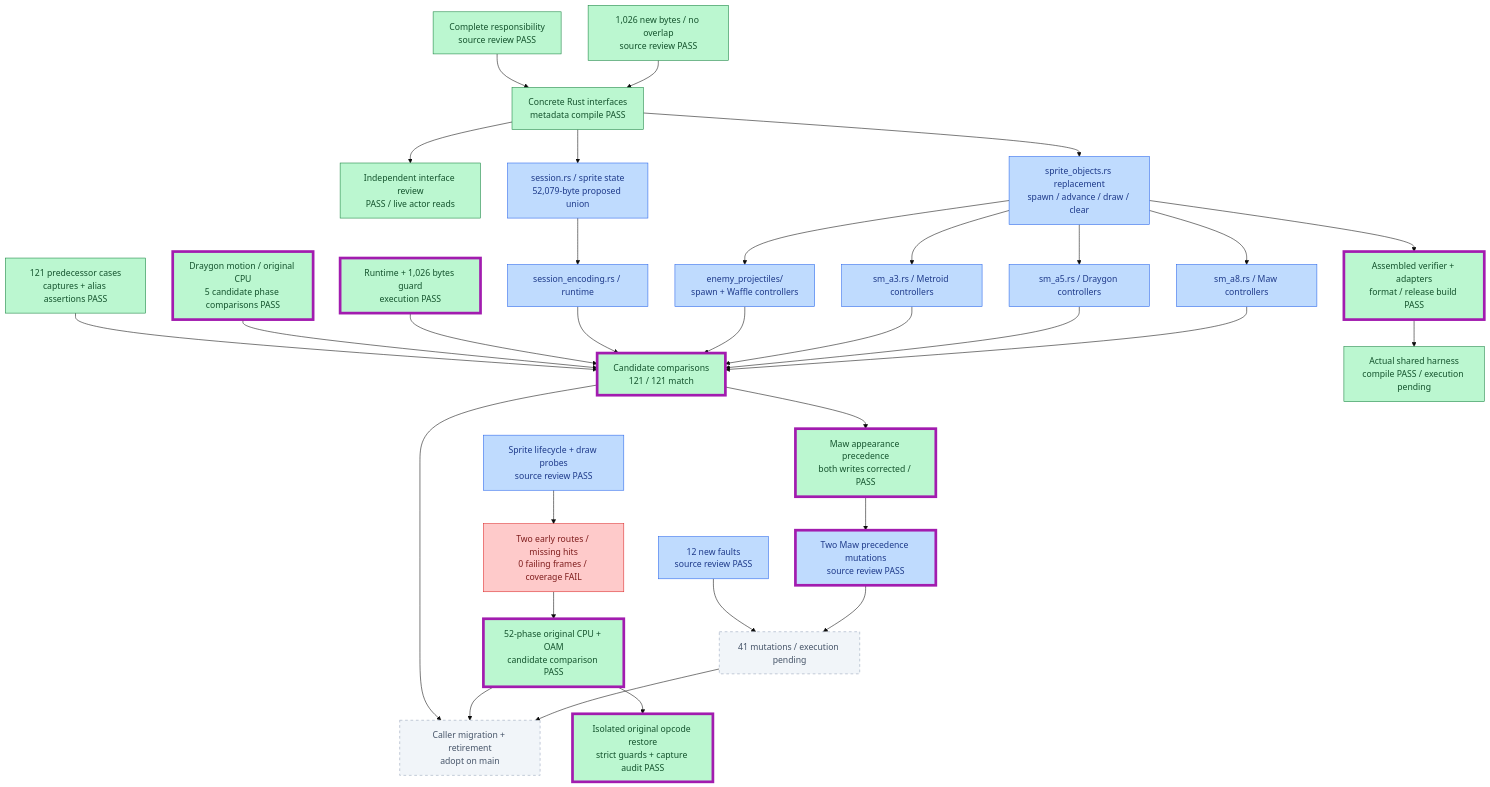
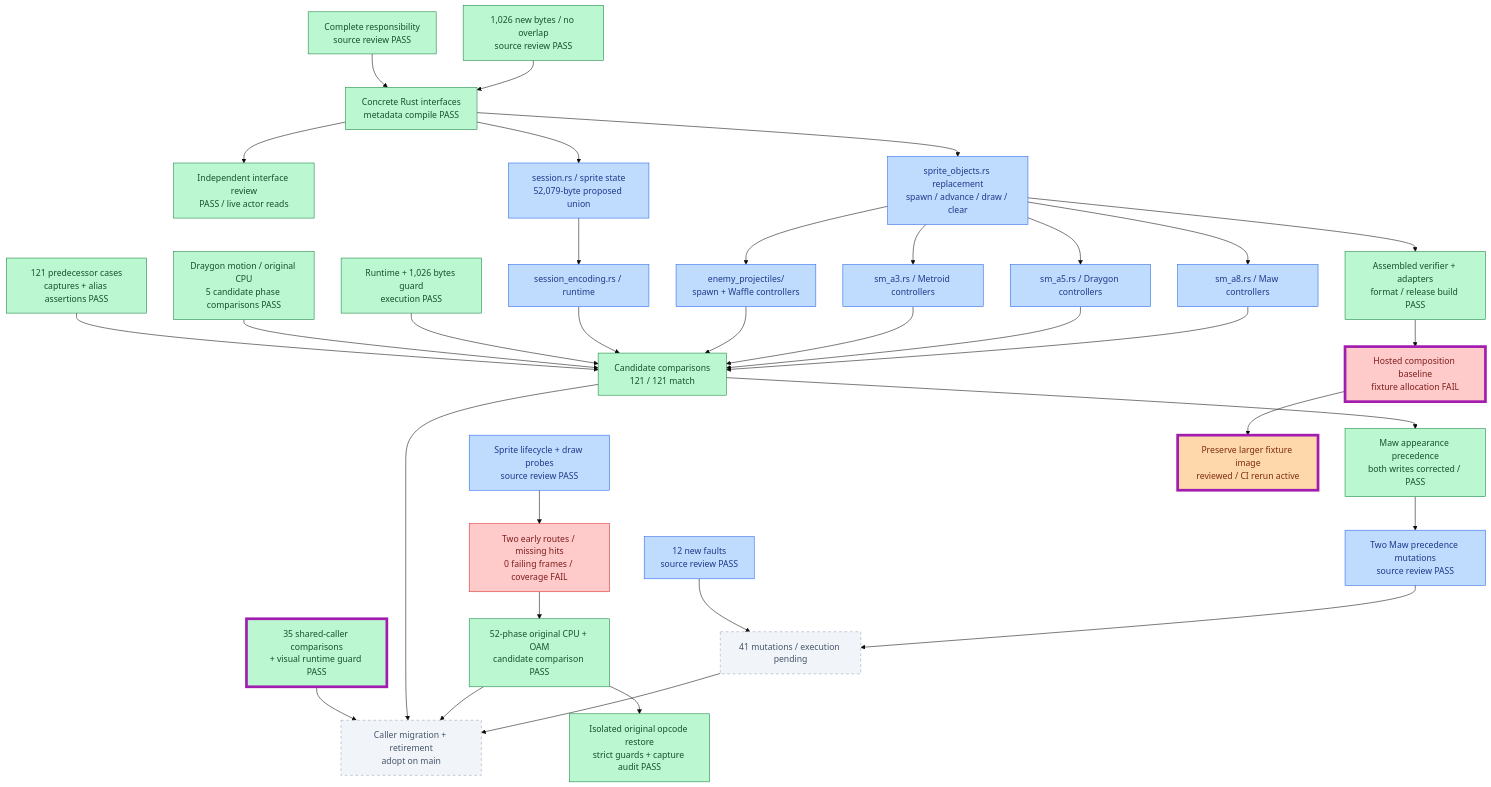
Before and after one commit to JimLundin/sm-decomp: the second of 16 diagrams in PROGRESS.md, drawn with Mermaid (base theme). The commit also changed other lines of this file and 1 other file, not shown here.

Commit message:
Publish shared sprite regressions and hosted baseline correction
Docs only: 35 shared comparisons and visual guard pass. Hosted baseline exposed fixture capacity mismatch; reviewed fix reruns in CI40031500027. Source counters unchanged; diff check passes.

````diff
--- a/PROGRESS.md
+++ b/PROGRESS.md
@@ -26,41 +26,43 @@
 ```mermaid
 flowchart TB
     CONTRACT["Complete responsibility<br/>source review PASS"]:::done
     UNION["1,026 new bytes / no overlap<br/>source review PASS"]:::done
     CONTRACT --> DECL["Concrete Rust interfaces<br/>metadata compile PASS"]:::done
     UNION --> DECL
     DECL --> REVIEW["Independent interface review<br/>PASS / live actor reads"]:::done
     DECL --> OWNER["session.rs / sprite state<br/>52,079-byte proposed union"]:::checked
     OWNER --> CODEC["session_encoding.rs / runtime"]:::checked
     DECL --> POOL["sprite_objects.rs replacement<br/>spawn / advance / draw / clear"]:::checked
     POOL --> WAFFLE["enemy_projectiles/<br/>spawn + Waffle controllers"]:::checked
     POOL --> METROID["sm_a3.rs / Metroid controllers"]:::checked
     POOL --> DRAYGON["sm_a5.rs / Draygon controllers"]:::checked
     POOL --> MAW["sm_a8.rs / Maw controllers"]:::checked
     BASE["121 predecessor cases<br/>captures + alias assertions PASS"]:::done --> VERIFY["Candidate comparisons<br/>121 / 121 match"]:::done
     VERIFY --> MAWFIX["Maw appearance precedence<br/>both writes corrected / PASS"]:::done
     CPU["Draygon motion / original CPU<br/>5 candidate phase comparisons PASS"]:::done --> VERIFY
     PROBE["Sprite lifecycle + draw probes<br/>source review PASS"]:::checked --> EARLY["Two early routes / missing hits<br/>0 failing frames / coverage FAIL"]:::failed
     EARLY --> MOVIE["52-phase original CPU + OAM<br/>candidate comparison PASS"]:::done
     MOVIE --> HOOKFIX["Isolated original opcode restore<br/>strict guards + capture audit PASS"]:::done
     POOL --> BUILD["Assembled verifier + adapters<br/>format / release build PASS"]:::done
-    BUILD --> HOST["Actual shared harness<br/>compile PASS / execution pending"]:::done
+    BUILD --> HOST["Hosted composition baseline<br/>fixture allocation FAIL"]:::failed
+    HOST --> HOSTFIX["Preserve larger fixture image<br/>reviewed / CI rerun active"]:::active
     GUARD["Runtime + 1,026 bytes guard<br/>execution PASS"]:::done --> VERIFY
     MUT["12 new faults<br/>source review PASS"]:::checked --> KILLS["41 mutations / execution pending"]:::pending
     MAWFIX --> MAWMUT["Two Maw precedence mutations<br/>source review PASS"]:::checked --> KILLS
+    SHARED["35 shared-caller comparisons<br/>+ visual runtime guard PASS"]:::done --> ADOPT
     CODEC --> VERIFY
     WAFFLE --> VERIFY
     METROID --> VERIFY
     DRAYGON --> VERIFY
     MAW --> VERIFY
     VERIFY --> ADOPT["Caller migration + retirement<br/>adopt on main"]:::pending
     MOVIE --> ADOPT
     KILLS --> ADOPT
-    class CPU,VERIFY,MAWFIX,MOVIE,HOOKFIX,BUILD,GUARD,MAWMUT changed
+    class HOST,HOSTFIX,SHARED changed
     classDef checked fill:#bfdbfe,stroke:#2563eb,color:#1e3a8a
     classDef failed fill:#fecaca,stroke:#dc2626,color:#7f1d1d
     classDef done fill:#bbf7d0,stroke:#15803d,color:#14532d
     classDef active fill:#fed7aa,stroke:#ea580c,color:#7c2d12
     classDef pending fill:#f1f5f9,stroke:#94a3b8,color:#475569,stroke-dasharray:5 5
     classDef changed stroke:#a21caf,stroke-width:5px
 ```
````
